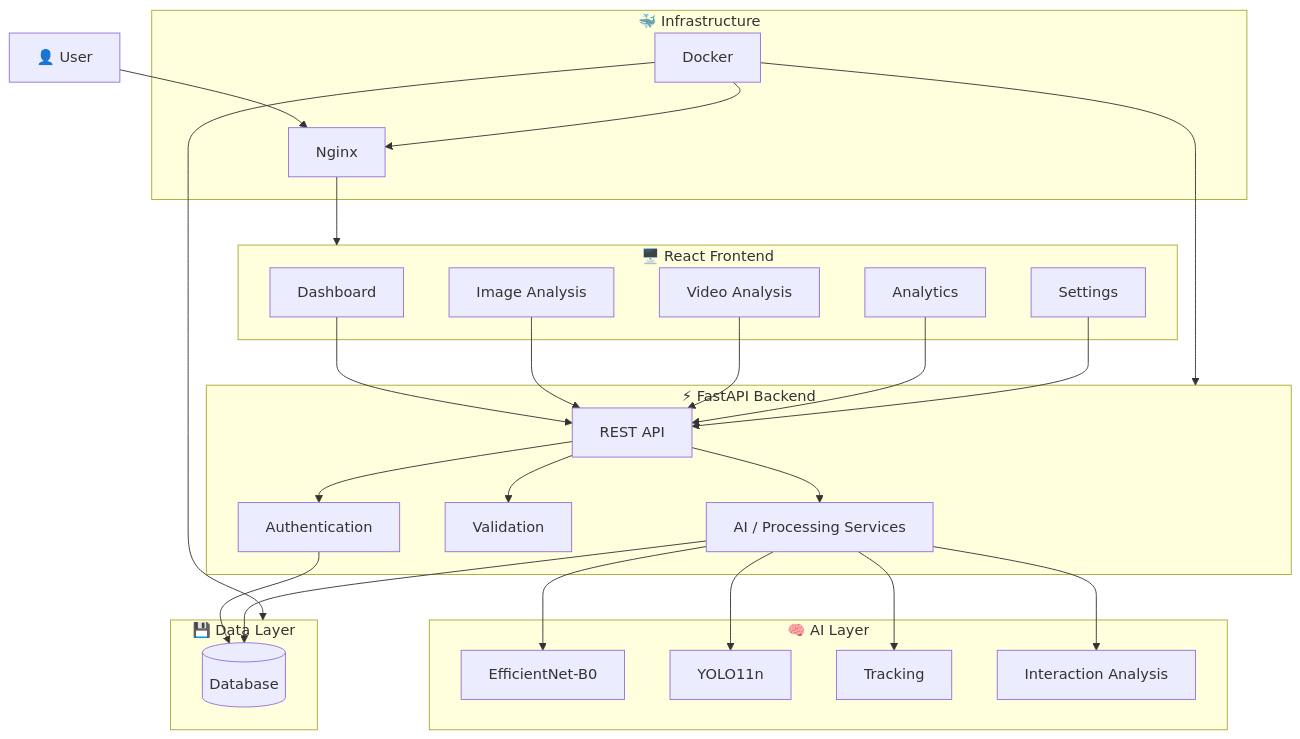
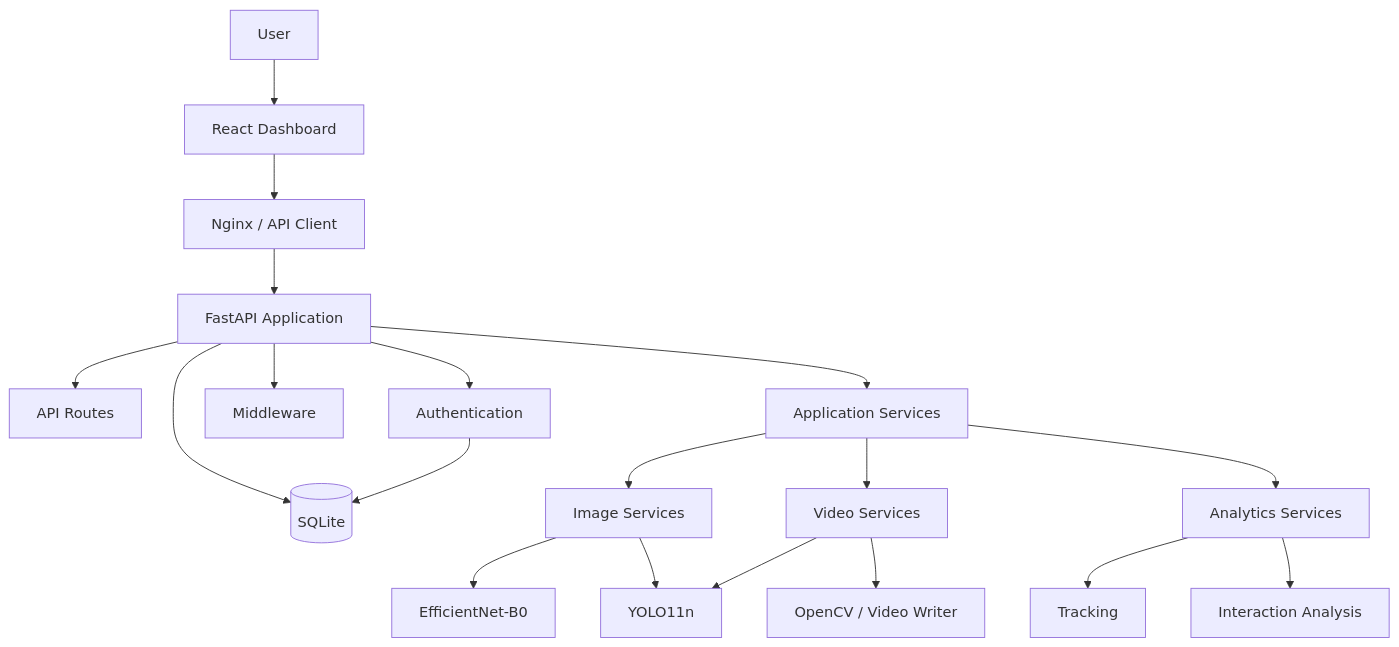
Before and after one commit to Debankumardas/AI-Visual-Intelligence-API: the fourth of 6 diagrams in README.md, drawn with Mermaid. The commit also changed other lines of this file, not shown here.

````diff
--- a/README.md
+++ b/README.md
@@ -257,61 +339,28 @@
 ```mermaid
 flowchart TB
+    U[User] --> F[React Dashboard]
 
-    U[👤 User]
+    F --> N[Nginx / API Client]
+    N --> A[FastAPI Application]
 
-    subgraph Frontend["🖥️ React Frontend"]
-        UI[Dashboard]
-        IMG[Image Analysis]
-        VID[Video Analysis]
-        ANA[Analytics]
-        SET[Settings]
-    end
+    A --> R[API Routes]
+    A --> AU[Authentication]
+    A --> M[Middleware]
+    A --> S[Application Services]
+    A --> DB[(SQLite)]
 
-    subgraph Backend["⚡ FastAPI Backend"]
-        API[REST API]
-        AUTH[Authentication]
-        VALID[Validation]
-        SERVICES[AI / Processing Services]
-    end
+    S --> I[Image Services]
+    S --> V[Video Services]
+    S --> AN[Analytics Services]
 
-    subgraph AI["🧠 AI Layer"]
-        EFF[EfficientNet-B0]
-        YOLO[YOLO11n]
-        TRACK[Tracking]
-        INTERACT[Interaction Analysis]
-    end
+    I --> ML1[EfficientNet-B0]
+    I --> ML2[YOLO11n]
 
-    subgraph Data["💾 Data Layer"]
-        DB[(Database)]
-    end
+    V --> ML2
+    V --> O[OpenCV / Video Writer]
 
-    subgraph Infra["🐳 Infrastructure"]
-        DOCKER[Docker]
-        NGINX[Nginx]
-    end
+    AN --> T[Tracking]
+    AN --> IN[Interaction Analysis]
 
-    U --> NGINX
-    NGINX --> Frontend
-
-    UI --> API
-    IMG --> API
-    VID --> API
-    ANA --> API
-    SET --> API
-
-    API --> AUTH
-    API --> VALID
-    API --> SERVICES
-
-    SERVICES --> EFF
-    SERVICES --> YOLO
-    SERVICES --> TRACK
-    SERVICES --> INTERACT
-
-    AUTH --> DB
-    SERVICES --> DB
-
-    DOCKER --> NGINX
-    DOCKER --> Backend
-    DOCKER --> Data
+    AU --> DB
 ```
````
